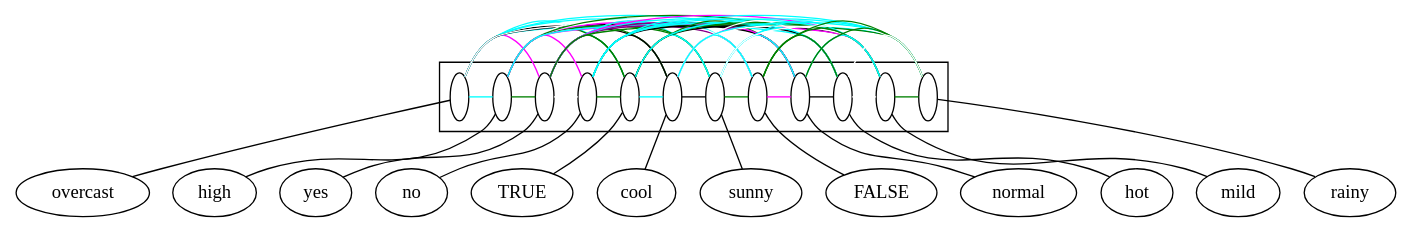
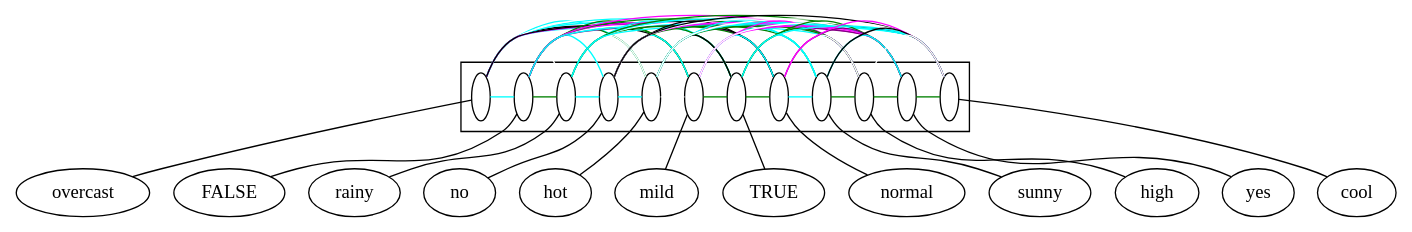
One commit to lrodrin/TFG changed the diagram in src/SQL/Estructura.dot. Above: the diagram before and after it, drawn with Graphviz. The commit also changed 19 other files, not shown here.

Commit message:
graph options

```diff
--- a/src/SQL/Estructura.dot
+++ b/src/SQL/Estructura.dot
@@ -1,112 +1,112 @@
 digraph G {
 compound=True;
 overcast;
+FALSE;
+rainy;
+no;
+hot;
+mild;
+TRUE;
+normal;
+sunny;
 high;
 yes;
-no;
-TRUE;
 cool;
-sunny;
-FALSE;
-normal;
-hot;
-mild;
-rainy;
-subgraph cluster_normalyesFALSEhotnosunnyovercastTRUEmildcoolhighrainy {
-s_overcast [width=0.2, fillcolor=white, fixedsize=True, label=" "];
-s_high [width=0.2, fillcolor=white, fixedsize=True, label=" "];
-s_yes [width=0.2, fillcolor=white, fixedsize=True, label=" "];
-s_no [width=0.2, fillcolor=white, fixedsize=True, label=" "];
-s_TRUE [width=0.2, fillcolor=white, fixedsize=True, label=" "];
-s_cool [width=0.2, fillcolor=white, fixedsize=True, label=" "];
-s_sunny [width=0.2, fillcolor=white, fixedsize=True, label=" "];
-s_FALSE [width=0.2, fillcolor=white, fixedsize=True, label=" "];
-s_normal [width=0.2, fillcolor=white, fixedsize=True, label=" "];
-s_hot [width=0.2, fillcolor=white, fixedsize=True, label=" "];
-s_mild [width=0.2, fillcolor=white, fixedsize=True, label=" "];
-s_rainy [width=0.2, fillcolor=white, fixedsize=True, label=" "];
+subgraph cluster_rainyhighhotyesTRUEcoolnormalmildnoovercastFALSEsunny {
+s_overcast [label=" ", fillcolor=white, width=0.2, fixedsize=True];
+s_FALSE [label=" ", fillcolor=white, width=0.2, fixedsize=True];
+s_rainy [label=" ", fillcolor=white, width=0.2, fixedsize=True];
+s_no [label=" ", fillcolor=white, width=0.2, fixedsize=True];
+s_hot [label=" ", fillcolor=white, width=0.2, fixedsize=True];
+s_mild [label=" ", fillcolor=white, width=0.2, fixedsize=True];
+s_TRUE [label=" ", fillcolor=white, width=0.2, fixedsize=True];
+s_normal [label=" ", fillcolor=white, width=0.2, fixedsize=True];
+s_sunny [label=" ", fillcolor=white, width=0.2, fixedsize=True];
+s_high [label=" ", fillcolor=white, width=0.2, fixedsize=True];
+s_yes [label=" ", fillcolor=white, width=0.2, fixedsize=True];
+s_cool [label=" ", fillcolor=white, width=0.2, fixedsize=True];
 subgraph  {
 rank=same;
+s_overcast -> s_FALSE  [color=cyan, arrowhead=none];
+s_overcast -> s_rainy  [color=white, arrowhead=none];
+s_overcast -> s_no  [color=white, arrowhead=none];
+s_overcast -> s_hot  [color=cyan, arrowhead=none];
+s_overcast -> s_mild  [color=black, arrowhead=none];
+s_overcast -> s_TRUE  [color=cyan, arrowhead=none];
+s_overcast -> s_normal  [color=cyan, arrowhead=none];
+s_overcast -> s_sunny  [color=white, arrowhead=none];
 s_overcast -> s_high  [color=cyan, arrowhead=none];
 s_overcast -> s_yes  [color=magenta, arrowhead=none];
-s_overcast -> s_no  [color=white, arrowhead=none];
-s_overcast -> s_TRUE  [color=cyan, arrowhead=none];
 s_overcast -> s_cool  [color=black, arrowhead=none];
-s_overcast -> s_sunny  [color=white, arrowhead=none];
-s_overcast -> s_FALSE  [color=cyan, arrowhead=none];
-s_overcast -> s_normal  [color=cyan, arrowhead=none];
-s_overcast -> s_hot  [color=cyan, arrowhead=none];
-s_overcast -> s_mild  [color=black, arrowhead=none];
-s_overcast -> s_rainy  [color=white, arrowhead=none];
-s_high -> s_yes  [color=green, arrowhead=none];
-s_high -> s_no  [color=magenta, arrowhead=none];
-s_high -> s_TRUE  [color=green, arrowhead=none];
-s_high -> s_cool  [color=white, arrowhead=none];
-s_high -> s_sunny  [color=green, arrowhead=none];
-s_high -> s_FALSE  [color=magenta, arrowhead=none];
-s_high -> s_normal  [color=white, arrowhead=none];
-s_high -> s_hot  [color=green, arrowhead=none];
-s_high -> s_mild  [color=magenta, arrowhead=none];
-s_high -> s_rainy  [color=cyan, arrowhead=none];
-s_yes -> s_no  [color=white, arrowhead=none];
-s_yes -> s_TRUE  [color=green, arrowhead=none];
-s_yes -> s_cool  [color=green, arrowhead=none];
-s_yes -> s_sunny  [color=cyan, arrowhead=none];
-s_yes -> s_FALSE  [color=purple, arrowhead=none];
-s_yes -> s_normal  [color=purple, arrowhead=none];
-s_yes -> s_hot  [color=cyan, arrowhead=none];
-s_yes -> s_mild  [color=magenta, arrowhead=none];
-s_yes -> s_rainy  [color=green, arrowhead=none];
-s_no -> s_TRUE  [color=green, arrowhead=none];
-s_no -> s_cool  [color=black, arrowhead=none];
-s_no -> s_sunny  [color=green, arrowhead=none];
-s_no -> s_FALSE  [color=cyan, arrowhead=none];
-s_no -> s_normal  [color=black, arrowhead=none];
+s_FALSE -> s_rainy  [color=green, arrowhead=none];
+s_FALSE -> s_no  [color=cyan, arrowhead=none];
+s_FALSE -> s_hot  [color=green, arrowhead=none];
+s_FALSE -> s_mild  [color=green, arrowhead=none];
+s_FALSE -> s_TRUE  [color=white, arrowhead=none];
+s_FALSE -> s_normal  [color=magenta, arrowhead=none];
+s_FALSE -> s_sunny  [color=green, arrowhead=none];
+s_FALSE -> s_high  [color=magenta, arrowhead=none];
+s_FALSE -> s_yes  [color=purple, arrowhead=none];
+s_FALSE -> s_cool  [color=cyan, arrowhead=none];
+s_rainy -> s_no  [color=cyan, arrowhead=none];
+s_rainy -> s_hot  [color=white, arrowhead=none];
+s_rainy -> s_mild  [color=green, arrowhead=none];
+s_rainy -> s_TRUE  [color=cyan, arrowhead=none];
+s_rainy -> s_normal  [color=green, arrowhead=none];
+s_rainy -> s_sunny  [color=white, arrowhead=none];
+s_rainy -> s_high  [color=cyan, arrowhead=none];
+s_rainy -> s_yes  [color=green, arrowhead=none];
+s_rainy -> s_cool  [color=cyan, arrowhead=none];
 s_no -> s_hot  [color=cyan, arrowhead=none];
 s_no -> s_mild  [color=cyan, arrowhead=none];
-s_no -> s_rainy  [color=cyan, arrowhead=none];
+s_no -> s_TRUE  [color=green, arrowhead=none];
+s_no -> s_normal  [color=black, arrowhead=none];
+s_no -> s_sunny  [color=green, arrowhead=none];
+s_no -> s_high  [color=magenta, arrowhead=none];
+s_no -> s_yes  [color=white, arrowhead=none];
+s_no -> s_cool  [color=black, arrowhead=none];
+s_hot -> s_mild  [color=white, arrowhead=none];
+s_hot -> s_TRUE  [color=black, arrowhead=none];
+s_hot -> s_normal  [color=black, arrowhead=none];
+s_hot -> s_sunny  [color=cyan, arrowhead=none];
+s_hot -> s_high  [color=green, arrowhead=none];
+s_hot -> s_yes  [color=cyan, arrowhead=none];
+s_hot -> s_cool  [color=white, arrowhead=none];
+s_mild -> s_TRUE  [color=green, arrowhead=none];
+s_mild -> s_normal  [color=cyan, arrowhead=none];
+s_mild -> s_sunny  [color=cyan, arrowhead=none];
+s_mild -> s_high  [color=magenta, arrowhead=none];
+s_mild -> s_yes  [color=magenta, arrowhead=none];
+s_mild -> s_cool  [color=white, arrowhead=none];
+s_TRUE -> s_normal  [color=green, arrowhead=none];
+s_TRUE -> s_sunny  [color=cyan, arrowhead=none];
+s_TRUE -> s_high  [color=green, arrowhead=none];
+s_TRUE -> s_yes  [color=green, arrowhead=none];
 s_TRUE -> s_cool  [color=cyan, arrowhead=none];
-s_TRUE -> s_sunny  [color=cyan, arrowhead=none];
-s_TRUE -> s_FALSE  [color=white, arrowhead=none];
-s_TRUE -> s_normal  [color=green, arrowhead=none];
-s_TRUE -> s_hot  [color=black, arrowhead=none];
-s_TRUE -> s_mild  [color=green, arrowhead=none];
-s_TRUE -> s_rainy  [color=cyan, arrowhead=none];
-s_cool -> s_sunny  [color=black, arrowhead=none];
-s_cool -> s_FALSE  [color=cyan, arrowhead=none];
-s_cool -> s_normal  [color=magenta, arrowhead=none];
-s_cool -> s_hot  [color=white, arrowhead=none];
-s_cool -> s_mild  [color=white, arrowhead=none];
-s_cool -> s_rainy  [color=cyan, arrowhead=none];
-s_sunny -> s_FALSE  [color=green, arrowhead=none];
-s_sunny -> s_normal  [color=cyan, arrowhead=none];
-s_sunny -> s_hot  [color=cyan, arrowhead=none];
-s_sunny -> s_mild  [color=cyan, arrowhead=none];
-s_sunny -> s_rainy  [color=white, arrowhead=none];
-s_FALSE -> s_normal  [color=magenta, arrowhead=none];
-s_FALSE -> s_hot  [color=green, arrowhead=none];
-s_FALSE -> s_mild  [color=green, arrowhead=none];
-s_FALSE -> s_rainy  [color=green, arrowhead=none];
-s_normal -> s_hot  [color=black, arrowhead=none];
-s_normal -> s_mild  [color=cyan, arrowhead=none];
-s_normal -> s_rainy  [color=green, arrowhead=none];
-s_hot -> s_mild  [color=white, arrowhead=none];
-s_hot -> s_rainy  [color=white, arrowhead=none];
-s_mild -> s_rainy  [color=green, arrowhead=none];
+s_normal -> s_sunny  [color=cyan, arrowhead=none];
+s_normal -> s_high  [color=white, arrowhead=none];
+s_normal -> s_yes  [color=purple, arrowhead=none];
+s_normal -> s_cool  [color=magenta, arrowhead=none];
+s_sunny -> s_high  [color=green, arrowhead=none];
+s_sunny -> s_yes  [color=cyan, arrowhead=none];
+s_sunny -> s_cool  [color=black, arrowhead=none];
+s_high -> s_yes  [color=green, arrowhead=none];
+s_high -> s_cool  [color=white, arrowhead=none];
+s_yes -> s_cool  [color=green, arrowhead=none];
 }
 
 }
 
 s_overcast -> overcast  [arrowhead=none];
+s_FALSE -> FALSE  [arrowhead=none];
+s_rainy -> rainy  [arrowhead=none];
+s_no -> no  [arrowhead=none];
+s_hot -> hot  [arrowhead=none];
+s_mild -> mild  [arrowhead=none];
+s_TRUE -> TRUE  [arrowhead=none];
+s_normal -> normal  [arrowhead=none];
+s_sunny -> sunny  [arrowhead=none];
 s_high -> high  [arrowhead=none];
 s_yes -> yes  [arrowhead=none];
-s_no -> no  [arrowhead=none];
-s_TRUE -> TRUE  [arrowhead=none];
 s_cool -> cool  [arrowhead=none];
-s_sunny -> sunny  [arrowhead=none];
-s_FALSE -> FALSE  [arrowhead=none];
-s_normal -> normal  [arrowhead=none];
-s_hot -> hot  [arrowhead=none];
-s_mild -> mild  [arrowhead=none];
-s_rainy -> rainy  [arrowhead=none];
 }
```
